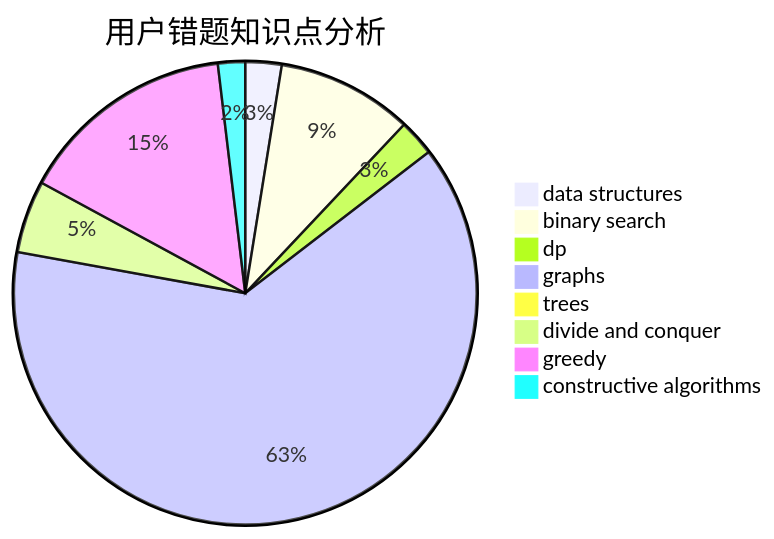
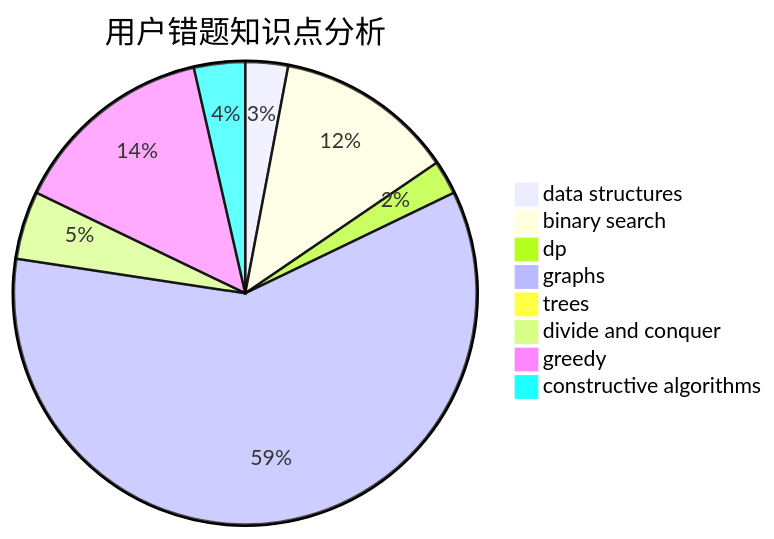
The third of 3 diagrams in docs/user/u2757.md (sherpahu/cfrs.github.io), drawn with Mermaid before and after one commit. The commit also changed other lines of this file and 2770 other files, not shown here.

````diff
--- a/docs/user/u2757.md
+++ b/docs/user/u2757.md
@@ -36,11 +36,11 @@
 ```mermaid
 pie title 用户错题知识点分析
-    "data structures" :  4
-    "binary search" :  15
+    "data structures" :  5
+    "binary search" :  21
     "dp" :  4
     "graphs" :  100
     "trees" :  1
     "divide and conquer" :  8
     "greedy" :  24
-    "constructive algorithms" :  3
+    "constructive algorithms" :  6
 ```
````
